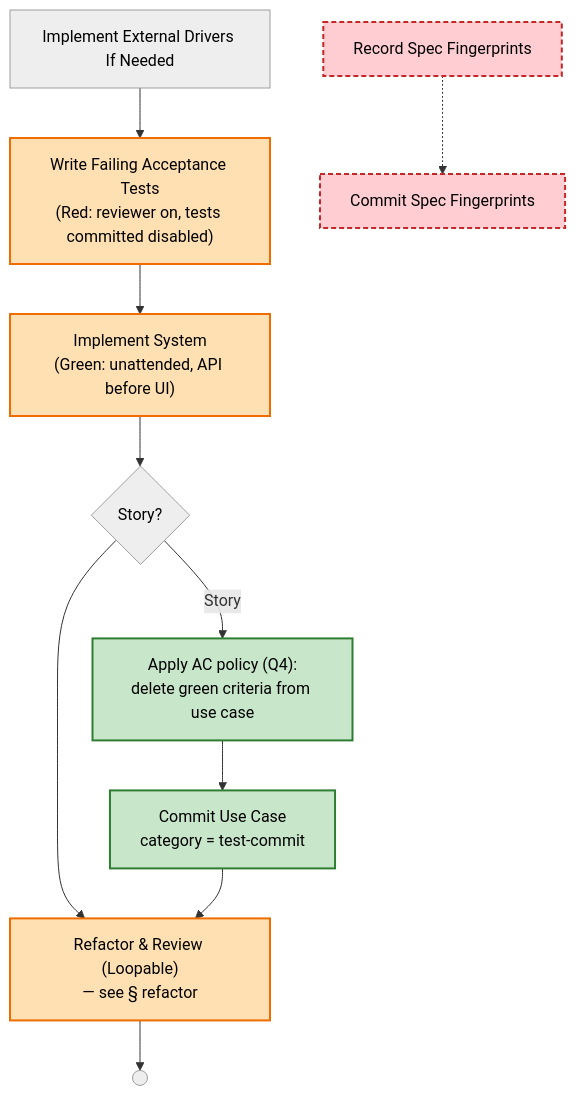
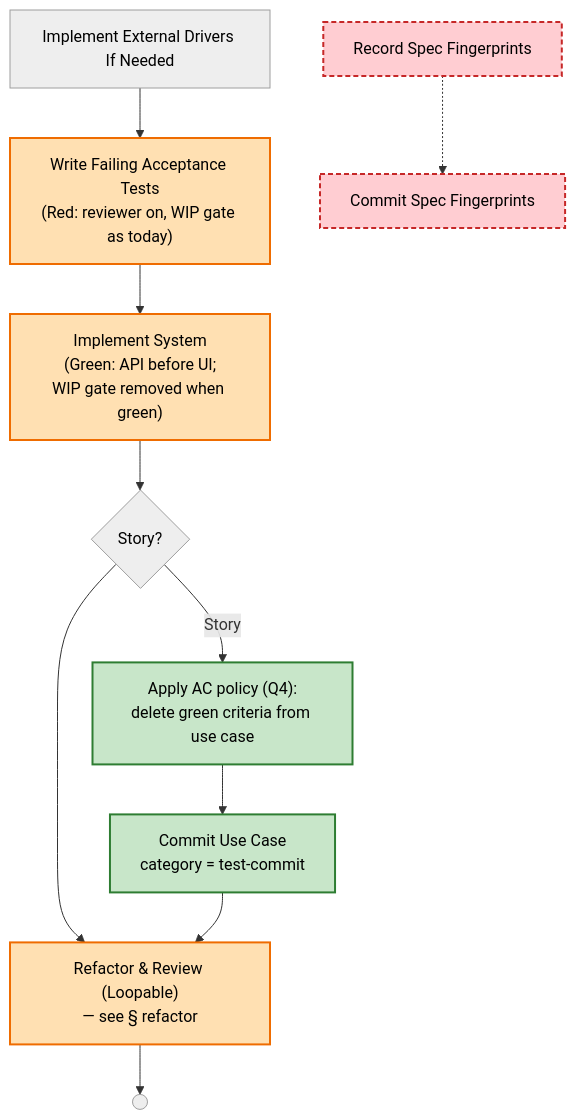
Before and after one commit to optivem/gh-optivem: the fifth of 11 diagrams in plans/20261109-1219-improved-atdd-process-flow.md, drawn with Mermaid. The commit also changed other lines of this file and 9 other files, not shown here.

````diff
--- a/plans/20261109-1219-improved-atdd-process-flow.md
+++ b/plans/20261109-1219-improved-atdd-process-flow.md
@@ -137,32 +137,32 @@
 ```mermaid
 flowchart TD
     IMPLEMENT_EXTERNAL_DRIVERS_IF_NEEDED[Implement External Drivers If Needed]
-    WRITE_ACCEPTANCE_TESTS_AND_SYSTEM_ADAPTERS["Write Failing Acceptance Tests<br/>(Red: reviewer on, tests committed disabled)"]
-    IMPLEMENT_AND_VERIFY_SYSTEM["Implement System<br/>(Green: unattended, API before UI)"]
+    WRITE_ACCEPTANCE_TESTS_AND_SYSTEM_ADAPTERS["Write Failing Acceptance Tests<br/>(Red: reviewer on, WIP gate as today)"]
+    IMPLEMENT_AND_VERIFY_SYSTEM["Implement System<br/>(Green: API before UI;<br/>WIP gate removed when green)"]
     GATE_STORY_SPEC_RECORD{Story?}
     RECORD_SPEC_FINGERPRINTS[Record Spec Fingerprints]
     COMMIT_SPEC_FINGERPRINTS[Commit Spec Fingerprints]
     APPLY_AC_POLICY["Apply AC policy (Q4):<br/>delete green criteria from use case"]
     COMMIT_AC_POLICY["Commit Use Case<br/>category = test-commit"]
     REFACTOR_OPPORTUNISTICALLY["Refactor &amp; Review (Loopable)<br/>— see § refactor"]
     CHANGE_SYSTEM_BEHAVIOR_END(( ))
 
     IMPLEMENT_EXTERNAL_DRIVERS_IF_NEEDED --> WRITE_ACCEPTANCE_TESTS_AND_SYSTEM_ADAPTERS
     WRITE_ACCEPTANCE_TESTS_AND_SYSTEM_ADAPTERS --> IMPLEMENT_AND_VERIFY_SYSTEM
     IMPLEMENT_AND_VERIFY_SYSTEM --> GATE_STORY_SPEC_RECORD
     GATE_STORY_SPEC_RECORD -- Story --> APPLY_AC_POLICY
     GATE_STORY_SPEC_RECORD --> REFACTOR_OPPORTUNISTICALLY
     APPLY_AC_POLICY --> COMMIT_AC_POLICY
     COMMIT_AC_POLICY --> REFACTOR_OPPORTUNISTICALLY
     RECORD_SPEC_FINGERPRINTS -.-> COMMIT_SPEC_FINGERPRINTS
     REFACTOR_OPPORTUNISTICALLY --> CHANGE_SYSTEM_BEHAVIOR_END
 
     classDef unchanged fill:#eeeeee,stroke:#9e9e9e,color:#000
     classDef changed fill:#ffe0b2,stroke:#ef6c00,stroke-width:2px,color:#000
     classDef new fill:#c8e6c9,stroke:#2e7d32,stroke-width:2px,color:#000
     classDef removed fill:#ffcdd2,stroke:#c62828,stroke-width:2px,stroke-dasharray:5 3,color:#000
     class IMPLEMENT_EXTERNAL_DRIVERS_IF_NEEDED,GATE_STORY_SPEC_RECORD,CHANGE_SYSTEM_BEHAVIOR_END unchanged
     class WRITE_ACCEPTANCE_TESTS_AND_SYSTEM_ADAPTERS,IMPLEMENT_AND_VERIFY_SYSTEM,REFACTOR_OPPORTUNISTICALLY changed
     class APPLY_AC_POLICY,COMMIT_AC_POLICY new
     class RECORD_SPEC_FINGERPRINTS,COMMIT_SPEC_FINGERPRINTS removed
 ```
````
